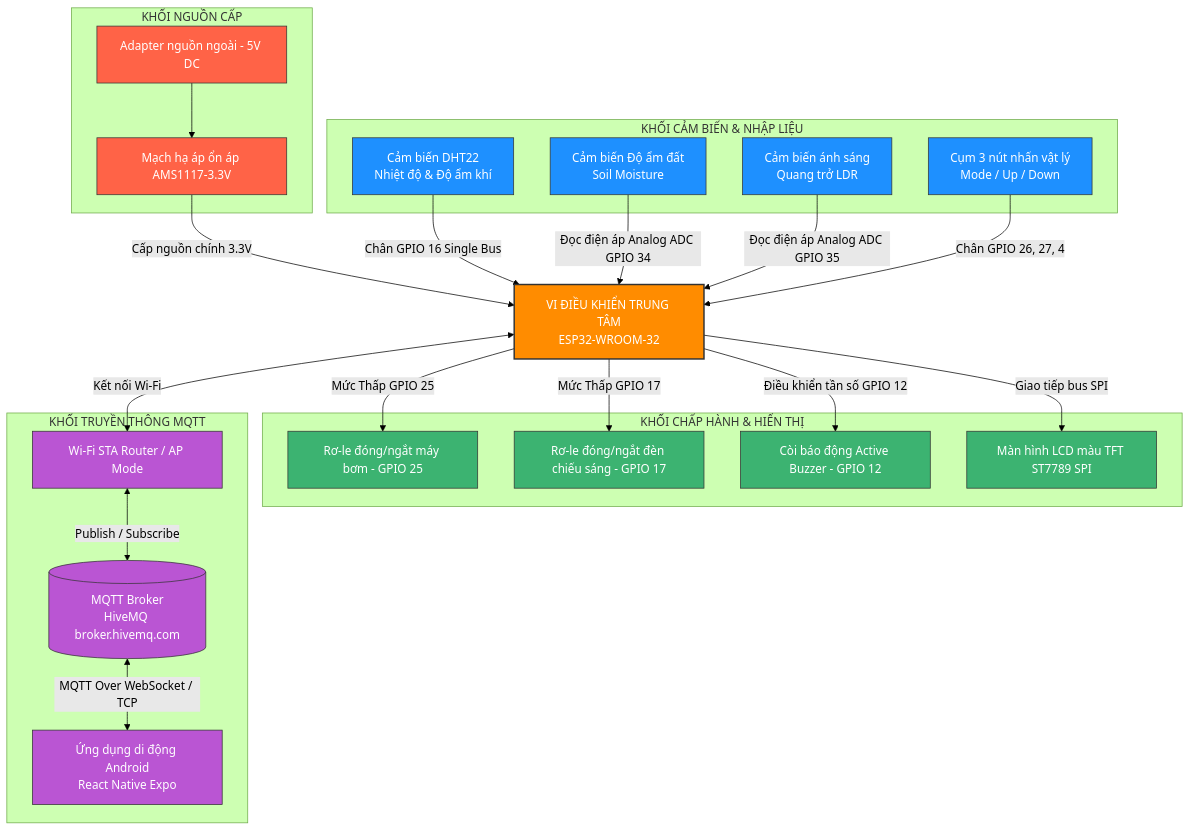
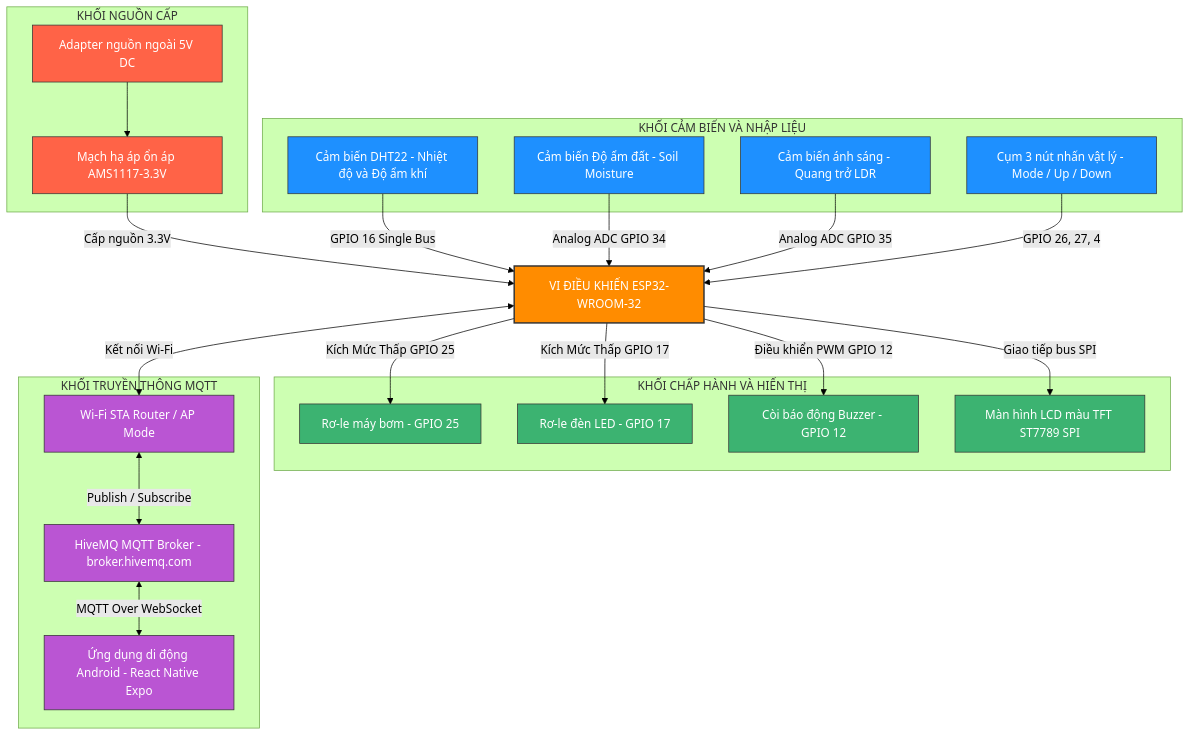
Before and after one commit to tranntnd27-lab/smart_iot_plant_app: the first of 2 diagrams in README.md, drawn with Mermaid (forest theme). The commit also changed other lines of this file, not shown here.

Commit message:
Fix GitHub Mermaid rendering compatibility

````diff
--- a/README.md
+++ b/README.md
@@ -54,52 +54,52 @@
 ```mermaid
 graph TD
     classDef esp fill:#FF8C00,stroke:#333,stroke-width:2px,color:#fff;
     classDef input fill:#1E90FF,stroke:#333,stroke-width:1px,color:#fff;
     classDef output fill:#3CB371,stroke:#333,stroke-width:1px,color:#fff;
     classDef power fill:#FF6347,stroke:#333,stroke-width:1px,color:#fff;
     classDef comm fill:#BA55D3,stroke:#333,stroke-width:1px,color:#fff;
 
     subgraph Power ["KHỐI NGUỒN CẤP"]
-        Adapter["Adapter nguồn ngoài - 5V DC"]:::power
+        Adapter["Adapter nguồn ngoài 5V DC"]:::power
         AMS["Mạch hạ áp ổn áp AMS1117-3.3V"]:::power
         Adapter --> AMS
     end
 
-    MCU["VI ĐIỀU KHIỂN TRUNG TÂM<br>ESP32-WROOM-32"]:::esp
-    AMS -->|"Cấp nguồn chính 3.3V"| MCU
+    MCU["VI ĐIỀU KHIỂN ESP32-WROOM-32"]:::esp
+    AMS -->|"Cấp nguồn 3.3V"| MCU
 
-    subgraph Inputs ["KHỐI CẢM BIẾN & NHẬP LIỆU"]
-        DHT["Cảm biến DHT22<br>Nhiệt độ & Độ ẩm khí"]:::input
-        Soil["Cảm biến Độ ẩm đất<br>Soil Moisture"]:::input
-        LDR["Cảm biến ánh sáng<br>Quang trở LDR"]:::input
-        Btns["Cụm 3 nút nhấn vật lý<br>Mode / Up / Down"]:::input
+    subgraph Inputs ["KHỐI CẢM BIẾN VÀ NHẬP LIỆU"]
+        DHT["Cảm biến DHT22 - Nhiệt độ và Độ ẩm khí"]:::input
+        Soil["Cảm biến Độ ẩm đất - Soil Moisture"]:::input
+        LDR["Cảm biến ánh sáng - Quang trở LDR"]:::input
+        Btns["Cụm 3 nút nhấn vật lý - Mode / Up / Down"]:::input
     end
 
-    subgraph Outputs ["KHỐI CHẤP HÀNH & HIỂN THỊ"]
-        Pump["Rơ-le đóng/ngắt máy bơm - GPIO 25"]:::output
-        LED["Rơ-le đóng/ngắt đèn chiếu sáng - GPIO 17"]:::output
-        Buzzer["Còi báo động Active Buzzer - GPIO 12"]:::output
+    subgraph Outputs ["KHỐI CHẤP HÀNH VÀ HIỂN THỊ"]
+        Pump["Rơ-le máy bơm - GPIO 25"]:::output
+        LED["Rơ-le đèn LED - GPIO 17"]:::output
+        Buzzer["Còi báo động Buzzer - GPIO 12"]:::output
         LCD["Màn hình LCD màu TFT ST7789 SPI"]:::output
     end
 
     subgraph Connectivity ["KHỐI TRUYỀN THÔNG MQTT"]
         WiFi["Wi-Fi STA Router / AP Mode"]:::comm
-        Broker[("MQTT Broker<br>HiveMQ broker.hivemq.com")]:::comm
-        App["Ứng dụng di động Android<br>React Native Expo"]:::comm
+        Broker["HiveMQ MQTT Broker - broker.hivemq.com"]:::comm
+        App["Ứng dụng di động Android - React Native Expo"]:::comm
 
         WiFi <-->|"Publish / Subscribe"| Broker
-        Broker <-->|"MQTT Over WebSocket / TCP"| App
+        Broker <-->|"MQTT Over WebSocket"| App
     end
 
-    DHT -->|"Chân GPIO 16 Single Bus"| MCU
-    Soil -->|"Đọc điện áp Analog ADC GPIO 34"| MCU
-    LDR -->|"Đọc điện áp Analog ADC GPIO 35"| MCU
-    Btns -->|"Chân GPIO 26, 27, 4"| MCU
+    DHT -->|"GPIO 16 Single Bus"| MCU
+    Soil -->|"Analog ADC GPIO 34"| MCU
+    LDR -->|"Analog ADC GPIO 35"| MCU
+    Btns -->|"GPIO 26, 27, 4"| MCU
 
-    MCU -->|"Mức Thấp GPIO 25"| Pump
-    MCU -->|"Mức Thấp GPIO 17"| LED
-    MCU -->|"Điều khiển tần số GPIO 12"| Buzzer
+    MCU -->|"Kích Mức Thấp GPIO 25"| Pump
+    MCU -->|"Kích Mức Thấp GPIO 17"| LED
+    MCU -->|"Điều khiển PWM GPIO 12"| Buzzer
     MCU -->|"Giao tiếp bus SPI"| LCD
 
     MCU <-->|"Kết nối Wi-Fi"| WiFi
 ```
````
